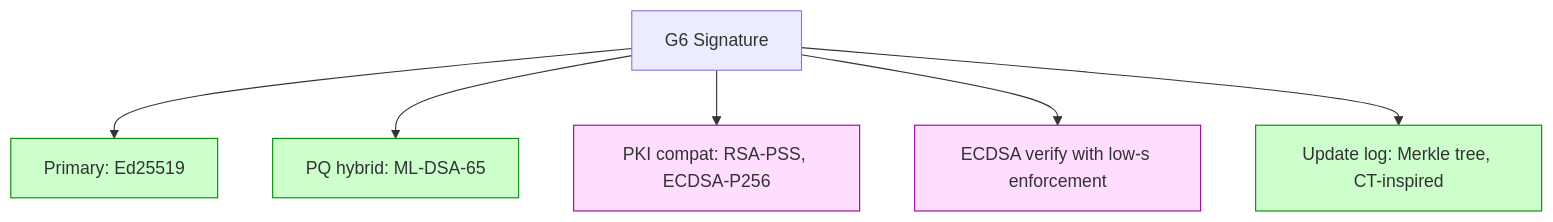
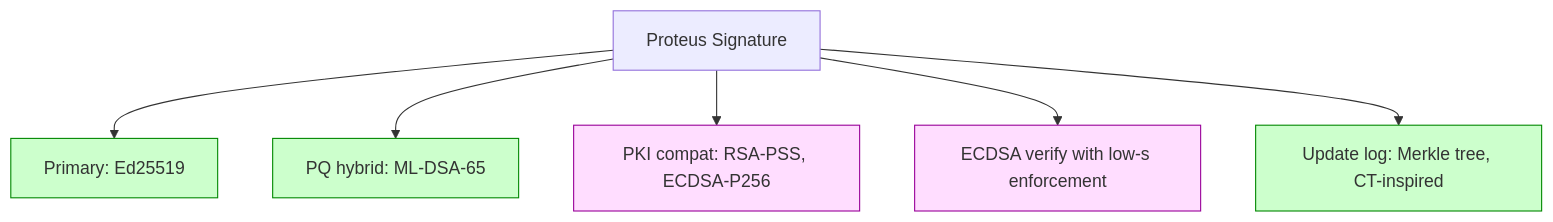
One commit to Icarus603/network-from-scratch changed the third of 3 diagrams in lessons/part-3-cryptography/3.7-digital-signatures.md. Above: the diagram before and after it, drawn with Mermaid. The commit also changed other lines of this file and 300 other files, not shown here.

````diff
--- a/lessons/part-3-cryptography/3.7-digital-signatures.md
+++ b/lessons/part-3-cryptography/3.7-digital-signatures.md
@@ -323,12 +323,12 @@
 ```mermaid
 flowchart TD
     classDef chosen fill:#cfc,stroke:#080
     classDef compat fill:#fdf,stroke:#909
 
-    G6S[G6 Signature]
-    G6S --> Main[Primary: Ed25519]:::chosen
-    G6S --> PQ[PQ hybrid: ML-DSA-65]:::chosen
-    G6S --> Pki[PKI compat: RSA-PSS, ECDSA-P256]:::compat
-    G6S --> ECDSACheck[ECDSA verify with low-s enforcement]:::compat
-    G6S --> LogCT[Update log: Merkle tree, CT-inspired]:::chosen
+    ProteusS[Proteus Signature]
+    ProteusS --> Main[Primary: Ed25519]:::chosen
+    ProteusS --> PQ[PQ hybrid: ML-DSA-65]:::chosen
+    ProteusS --> Pki[PKI compat: RSA-PSS, ECDSA-P256]:::compat
+    ProteusS --> ECDSACheck[ECDSA verify with low-s enforcement]:::compat
+    ProteusS --> LogCT[Update log: Merkle tree, CT-inspired]:::chosen
 ```
````
